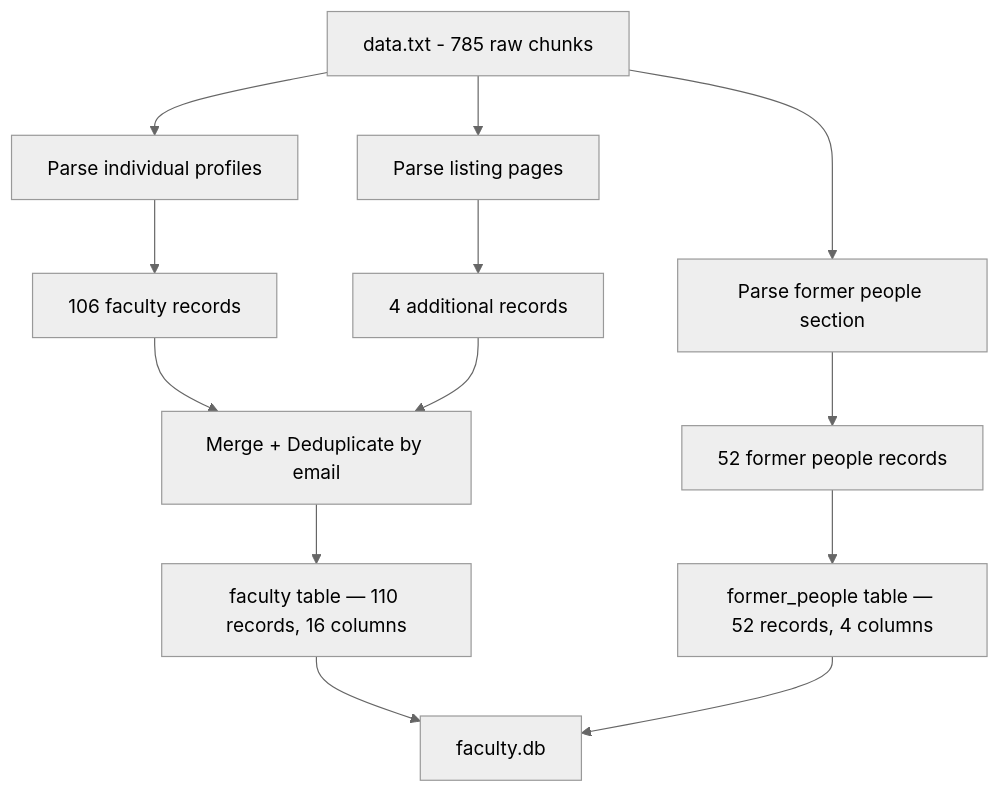
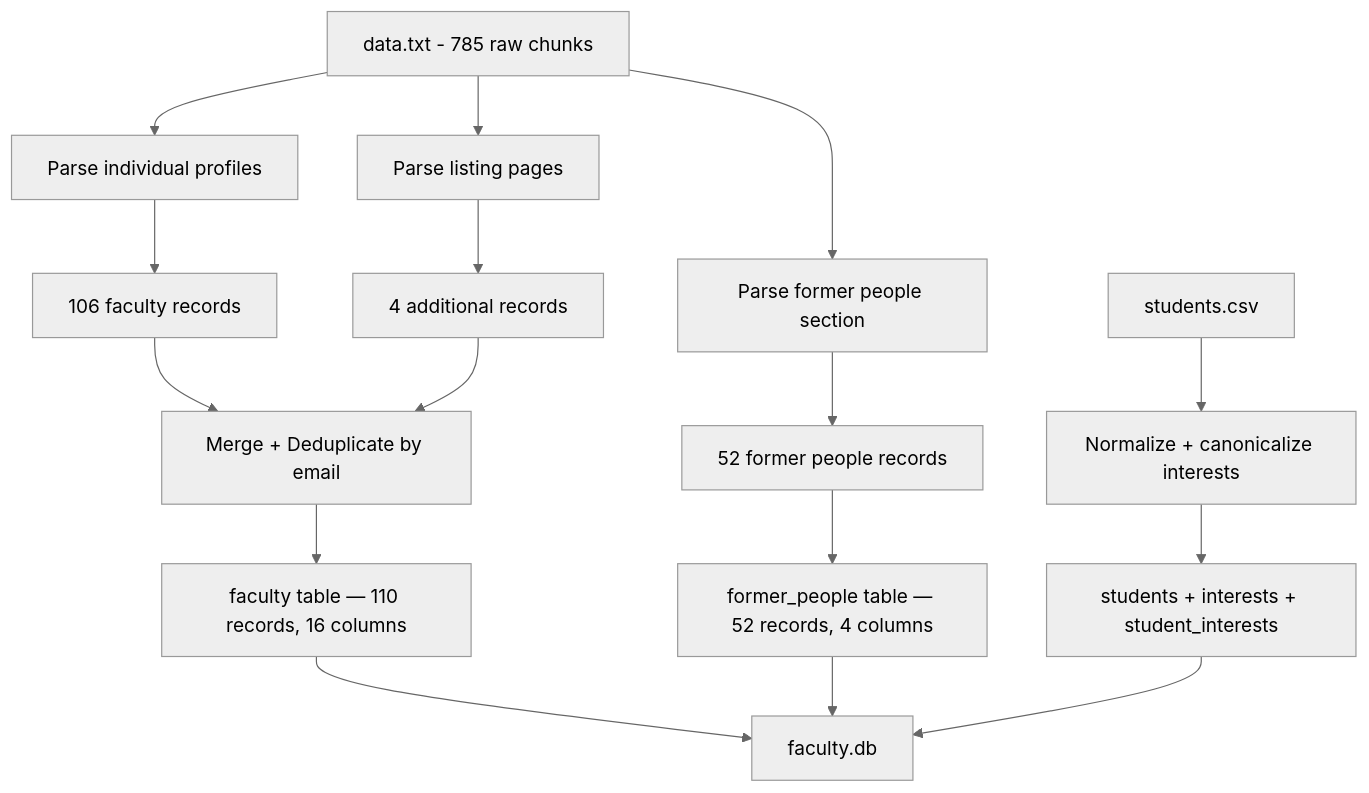
One commit to arxhr007/sahrdaya_ragx changed diagram 14 of 17 in WORKING.md. Above: the diagram before and after it, drawn with Mermaid (neutral theme). The commit also changed other lines of this file and 6 other files, not shown here.

````diff
--- a/WORKING.md
+++ b/WORKING.md
@@ -690,15 +718,18 @@
 ```mermaid
 flowchart TD
     A[data.txt - 785 raw chunks] --> B[Parse individual profiles]
     A --> C[Parse listing pages]
     A --> FP[Parse former people section]
+  SCSV[students.csv] --> ST[Normalize + canonicalize interests]
     B --> D[106 faculty records]
     C --> E[4 additional records]
     FP --> FPR[52 former people records]
     D --> F[Merge + Deduplicate by email]
     E --> F
     F --> G["faculty table — 110 records, 16 columns"]
     FPR --> H["former_people table — 52 records, 4 columns"]
+  ST --> ST2["students + interests + student_interests"]
     G --> I[faculty.db]
     H --> I
+  ST2 --> I
 ```
````
